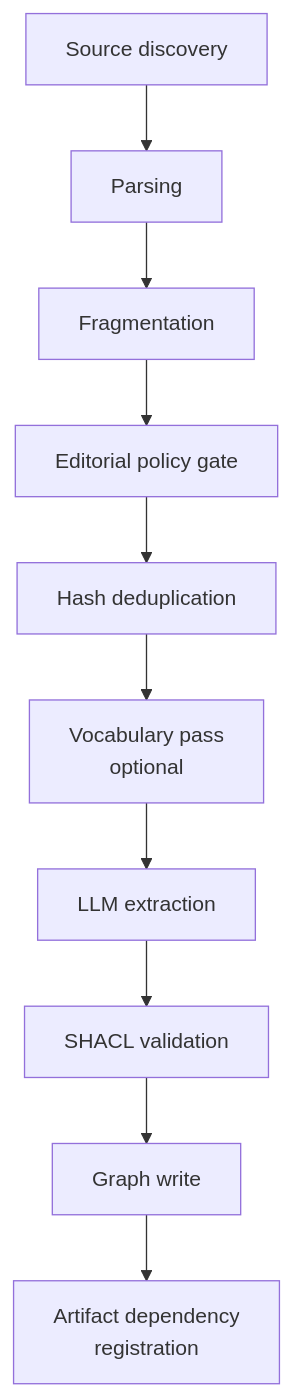
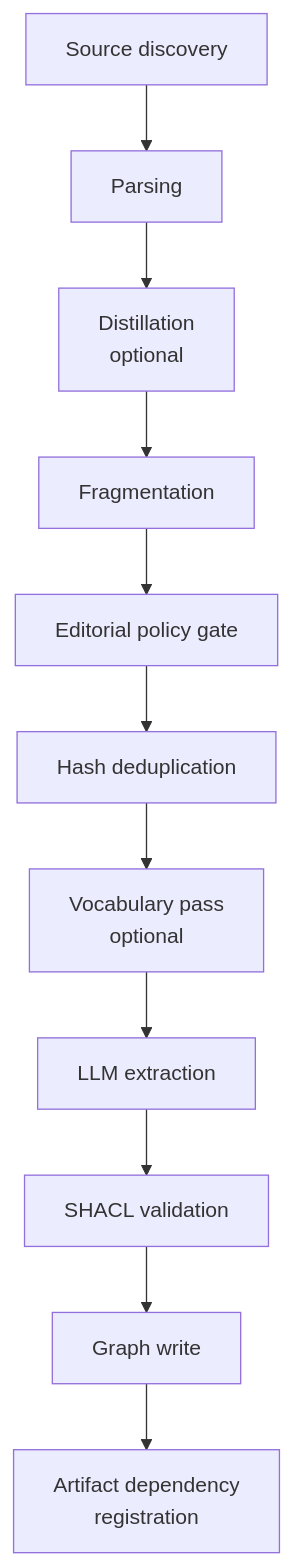
Before and after one commit to trickle-labs/riverbank: the diagram in docs/concepts/pipeline-stages.md, drawn with Mermaid. The commit also changed other lines of this file and 11 other files, not shown here.

````diff
--- a/docs/concepts/pipeline-stages.md
+++ b/docs/concepts/pipeline-stages.md
@@ -5,12 +5,13 @@
 ```mermaid
 flowchart TD
     A[Source discovery] --> B[Parsing]
-    B --> C[Fragmentation]
-    C --> D[Editorial policy gate]
-    D --> E[Hash deduplication]
-    E --> F[Vocabulary pass<br>optional]
-    F --> G[LLM extraction]
-    G --> H[SHACL validation]
-    H --> I[Graph write]
-    I --> J[Artifact dependency<br>registration]
+    B --> C[Distillation<br>optional]
+    C --> D[Fragmentation]
+    D --> E[Editorial policy gate]
+    E --> F[Hash deduplication]
+    F --> G[Vocabulary pass<br>optional]
+    G --> H[LLM extraction]
+    H --> I[SHACL validation]
+    I --> J[Graph write]
+    J --> K[Artifact dependency<br>registration]
 ```
````
